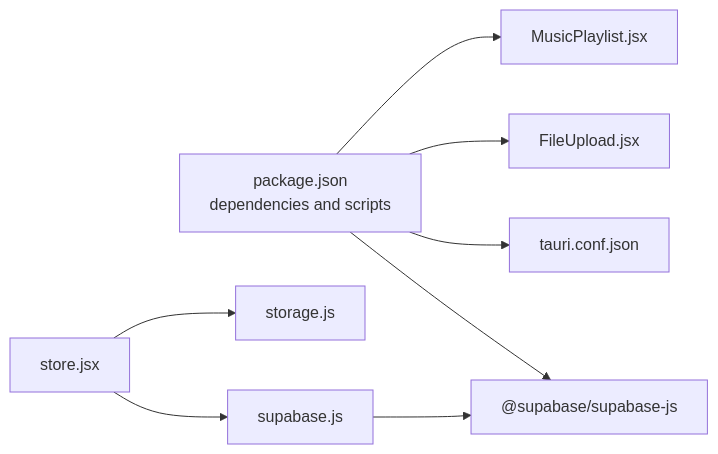
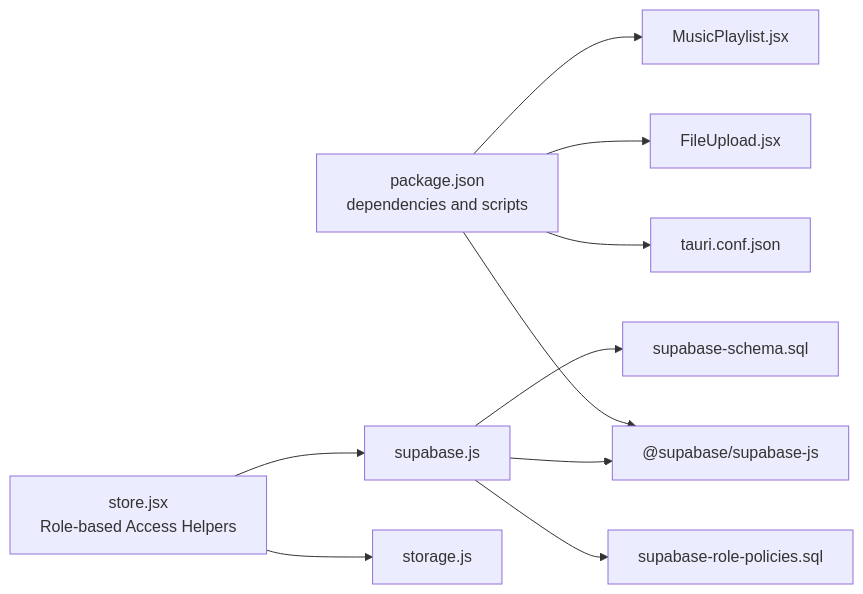
One commit to netdaniel/serveflow changed diagram 11 of 12 in .qoder/repowiki/en/content/Service Scheduling Platform/Service Scheduling Platform.md. Above: the diagram before and after it, drawn with Mermaid. The commit also changed other lines of this file and 15 other files, not shown here.

````diff
--- a/.qoder/repowiki/en/content/Service Scheduling Platform/Service Scheduling Platform.md
+++ b/.qoder/repowiki/en/content/Service Scheduling Platform/Service Scheduling Platform.md
@@ -418,18 +499,22 @@
 ```mermaid
 graph LR
 Pkg["package.json<br/>dependencies and scripts"]
 SupabaseJS["@supabase/supabase-js"]
-Store["store.jsx"]
+Store["store.jsx<br/>Role-based Access Helpers"]
 Supabase["supabase.js"]
 Tauri["tauri.conf.json"]
 FileUpload["FileUpload.jsx"]
 MusicPlaylist["MusicPlaylist.jsx"]
 Storage["storage.js"]
+RLSPolicies["supabase-role-policies.sql"]
+Schema["supabase-schema.sql"]
 Pkg --> SupabaseJS
 Store --> Supabase
 Store --> Storage
 Supabase --> SupabaseJS
 Pkg --> Tauri
 Pkg --> FileUpload
 Pkg --> MusicPlaylist
+Supabase --> RLSPolicies
+Supabase --> Schema
 ```
````
